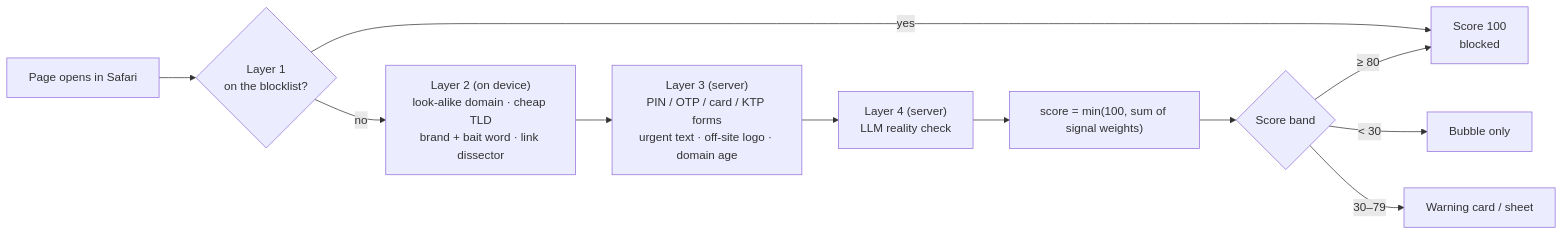
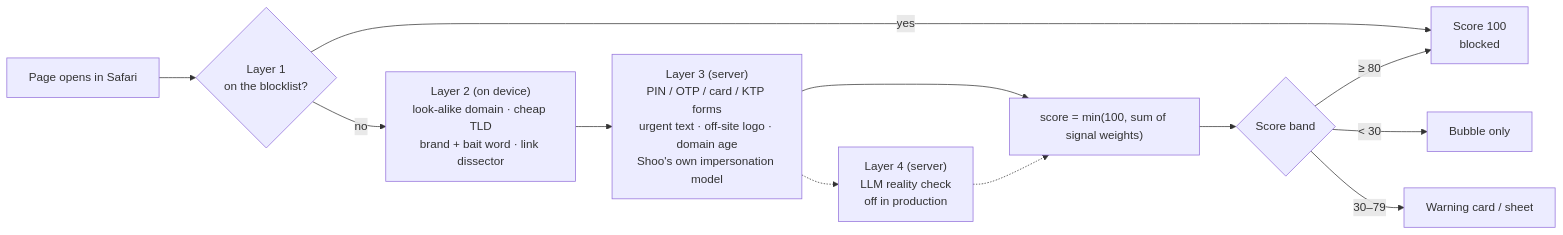
Before and after one commit to umarmuhdhor/Final-CH7: the first of 3 diagrams in README.md, drawn with Mermaid. The commit also changed other lines of this file and 11 other files, not shown here.

````diff
--- a/README.md
+++ b/README.md
@@ -117,13 +123,14 @@
 ```mermaid
 flowchart LR
   P["Page opens in Safari"] --> L1{"Layer 1<br/>on the blocklist?"}
   L1 -->|yes| B["Score 100<br/>blocked"]
   L1 -->|no| L2["Layer 2 (on device)<br/>look-alike domain · cheap TLD<br/>brand + bait word · link dissector"]
-  L2 --> L3["Layer 3 (server)<br/>PIN / OTP / card / KTP forms<br/>urgent text · off-site logo · domain age"]
-  L3 --> L4["Layer 4 (server)<br/>LLM reality check"]
-  L4 --> S["score = min(100, sum of signal weights)"]
+  L2 --> L3["Layer 3 (server)<br/>PIN / OTP / card / KTP forms<br/>urgent text · off-site logo · domain age<br/>Shoo's own impersonation model"]
+  L3 -.-> L4["Layer 4 (server)<br/>LLM reality check<br/>off in production"]
+  L3 --> S["score = min(100, sum of signal weights)"]
+  L4 -.-> S
   S --> UI{"Score band"}
   UI -->|"< 30"| N["Bubble only"]
   UI -->|"30–79"| W["Warning card / sheet"]
   UI -->|"≥ 80"| B
 ```
````
